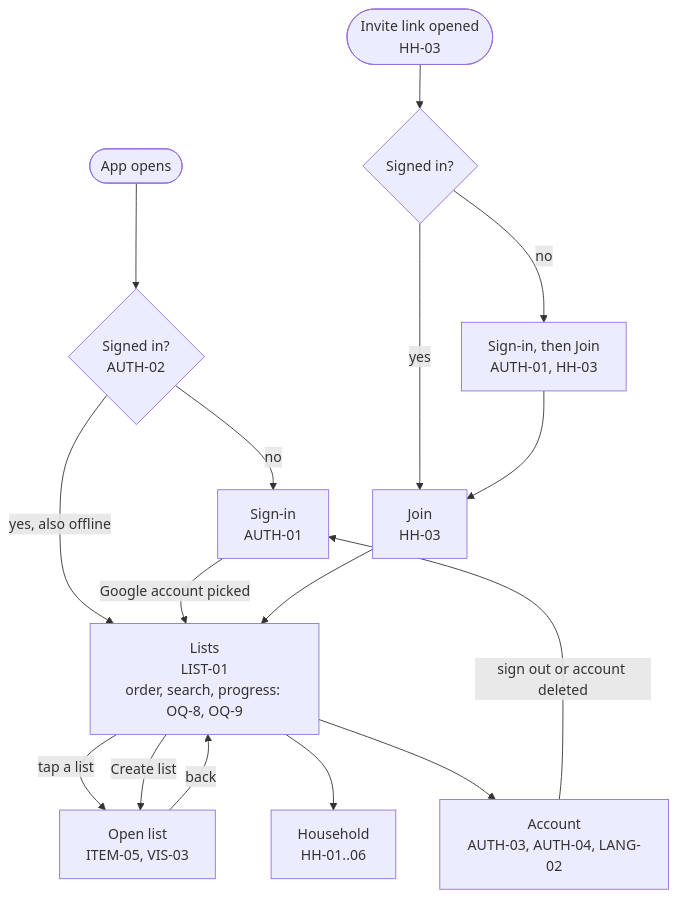
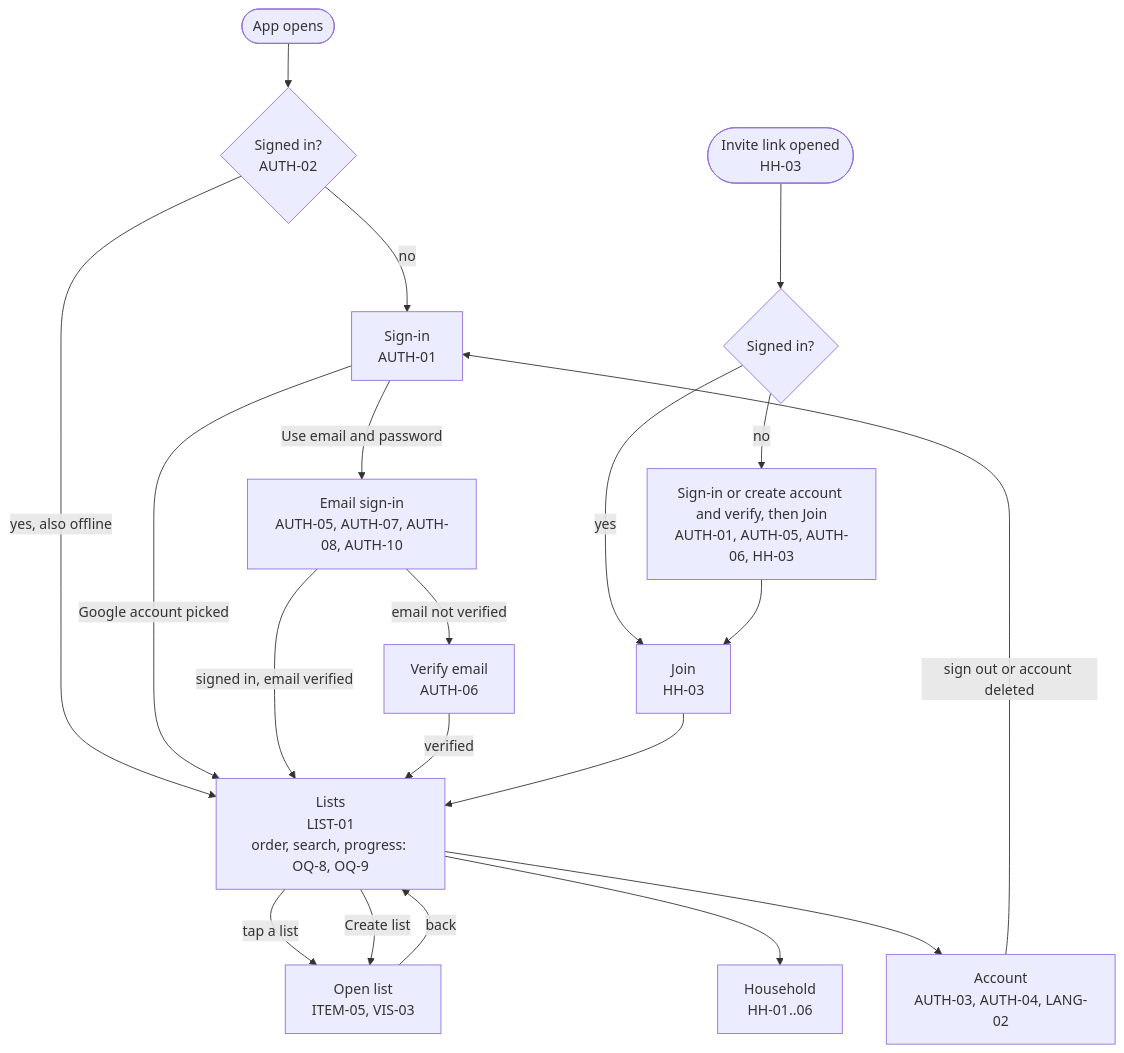
One commit to bondo/listicles2 changed the first of 11 diagrams in docs/product/flow.md. Above: the diagram before and after it, drawn with Mermaid. The commit also changed other lines of this file and 1 other file, not shown here.

First line of the commit message:
docs(product): add email and password sign-in stories (AUTH-05..10)

````diff
--- a/docs/product/flow.md
+++ b/docs/product/flow.md
@@ -27,18 +29,22 @@
 ```mermaid
 flowchart TD
     start(["App opens"]) --> signed{"Signed in?<br>AUTH-02"}
     signed -- "no" --> signin["Sign-in<br>AUTH-01"]
     signed -- "yes, also offline" --> lists["Lists<br>LIST-01<br>order, search, progress: OQ-8, OQ-9"]
     signin -- "Google account picked" --> lists
+    signin -- "Use email and password" --> email["Email sign-in<br>AUTH-05, AUTH-07, AUTH-08, AUTH-10"]
+    email -- "signed in, email verified" --> lists
+    email -- "email not verified" --> verify["Verify email<br>AUTH-06"]
+    verify -- "verified" --> lists
     link(["Invite link opened<br>HH-03"]) --> signed2{"Signed in?"}
-    signed2 -- "no" --> signin2["Sign-in, then Join<br>AUTH-01, HH-03"]
+    signed2 -- "no" --> signin2["Sign-in or create account and verify, then Join<br>AUTH-01, AUTH-05, AUTH-06, HH-03"]
     signed2 -- "yes" --> join["Join<br>HH-03"]
     signin2 --> join
     join --> lists
     lists -- "tap a list" --> open["Open list<br>ITEM-05, VIS-03"]
     lists -- "Create list" --> open
     lists --> household["Household<br>HH-01..06"]
     lists --> account["Account<br>AUTH-03, AUTH-04, LANG-02"]
     open -- "back" --> lists
     account -- "sign out or account deleted" --> signin
 ```
````
